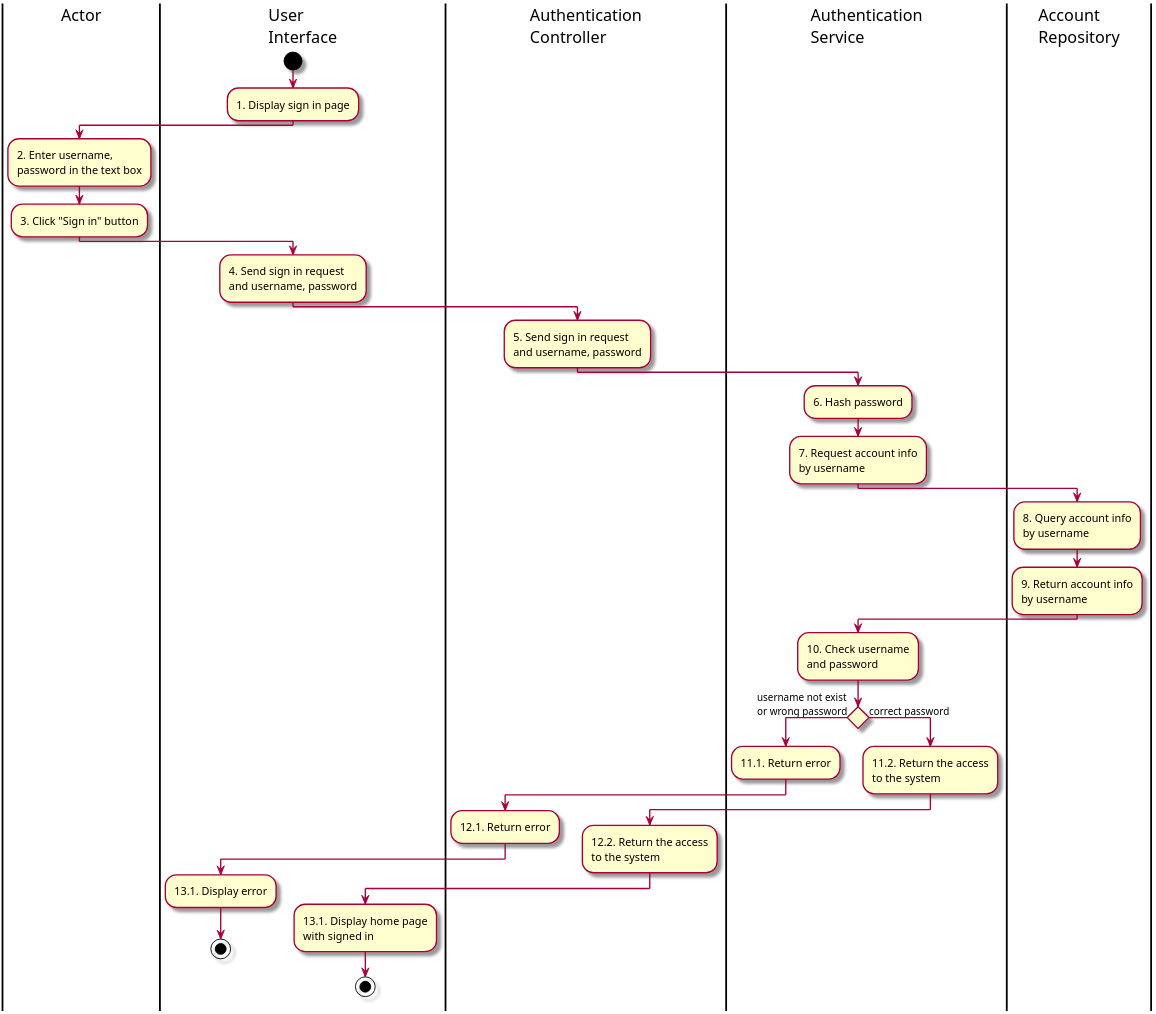
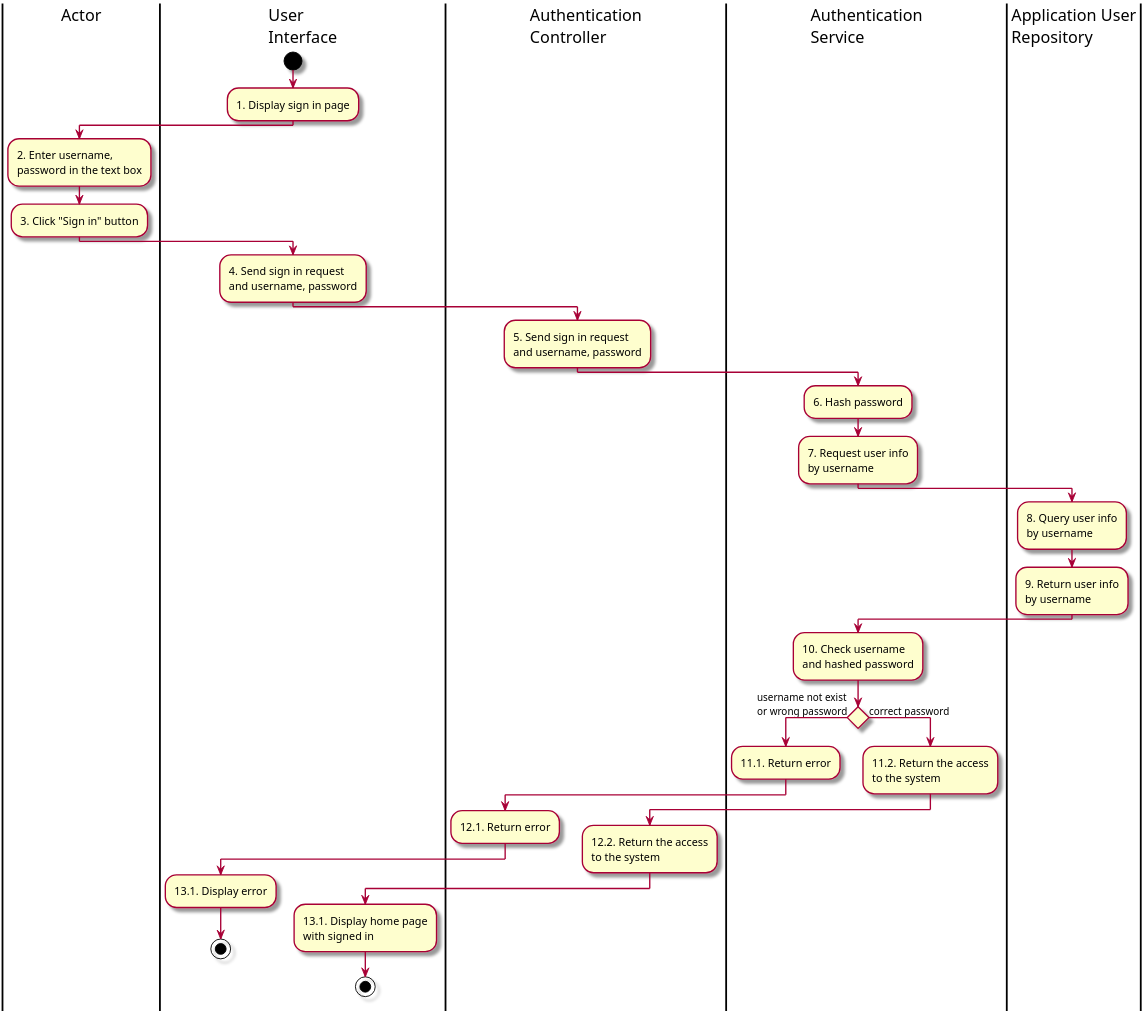
The diagram in Activity/1. ActSignIn.puml (Marowota/ecommerce-plantuml), drawn with PlantUML before and after one commit. The commit also changed 1 other file, not shown here.

```diff
--- a/Activity/1. ActSignIn.puml
+++ b/Activity/1. ActSignIn.puml
@@ -1,44 +1,44 @@
 @startuml ActSignIn
 
 skin rose
 scale 3
 
 |Actor|
 |User\nInterface|
 |Authentication\nController|
 |Authentication\nService|
-|Account\nRepository|
+|Application User\nRepository|
 |User\nInterface|
 start
 :1. Display sign in page;
 |Actor|
 :2. Enter username,\npassword in the text box;
 :3. Click "Sign in" button;
 |User\nInterface|
 :4. Send sign in request\nand username, password;
 |Authentication\nController|
 :5. Send sign in request\nand username, password;
 |Authentication\nService|
 :6. Hash password;
-:7. Request account info\nby username;
-|Account\nRepository|
-:8. Query account info\nby username;
-:9. Return account info\nby username;
+:7. Request user info\nby username;
+|Application User\nRepository|
+:8. Query user info\nby username;
+:9. Return user info\nby username;
 |Authentication\nService|
-:10. Check username\nand password;
+:10. Check username\nand hashed password;
 if () then (username not exist\nor wrong password)
     :11.1. Return error;
     |Authentication\nController|
     :12.1. Return error;
     |User\nInterface|
     :13.1. Display error;
     stop
 else(correct password)
     |Authentication\nService|
     :11.2. Return the access\nto the system;
     |Authentication\nController|
     :12.2. Return the access\nto the system;
     |User\nInterface|
     :13.1. Display home page\nwith signed in;
     stop
 @enduml
```
